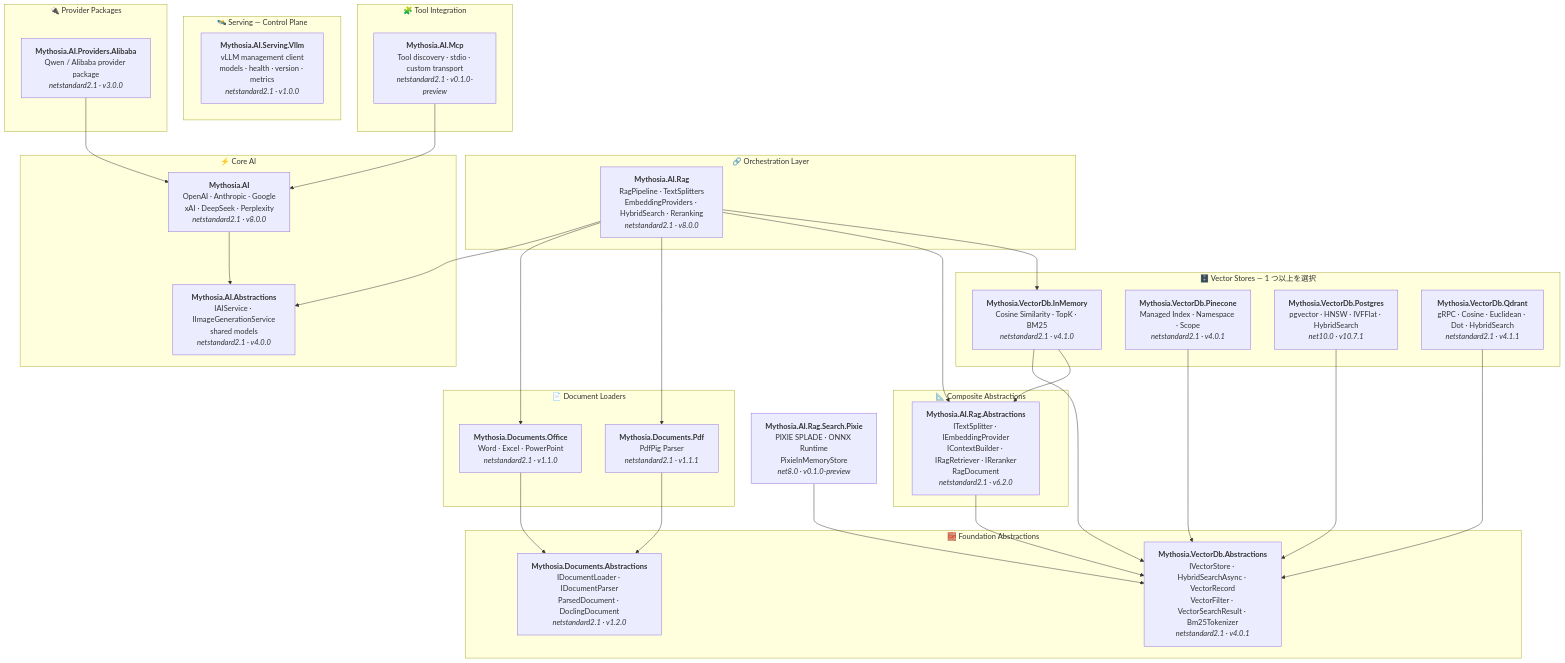
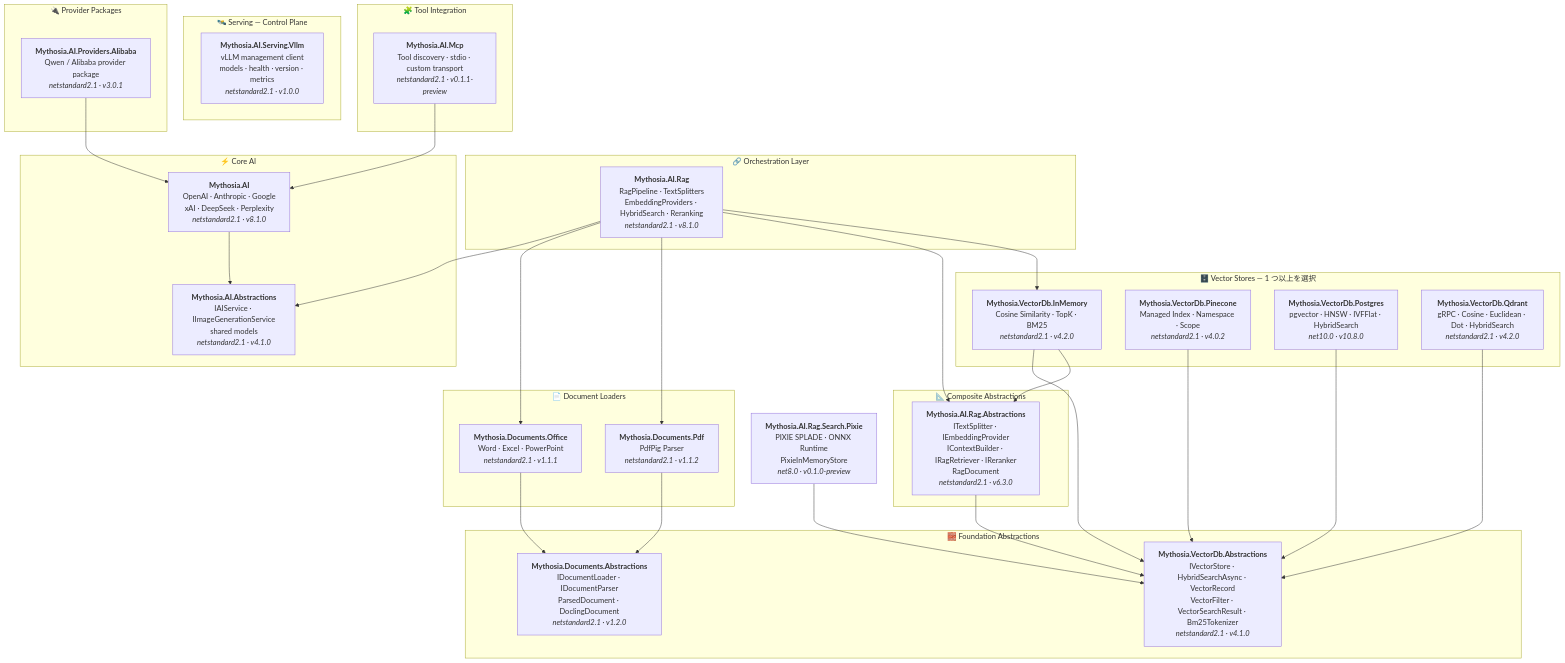
The diagram in docs/ja/README.md (AJ-comp/Mythosia.AI), drawn with Mermaid before and after one commit. The commit also changed other lines of this file and 211 other files, not shown here.

````diff
--- a/docs/ja/README.md
+++ b/docs/ja/README.md
@@ -74,74 +74,74 @@
 ```mermaid
 graph TD
     Pixie["<b>Mythosia.AI.Rag.Search.Pixie</b><br/>PIXIE SPLADE · ONNX Runtime<br/>PixieInMemoryStore<br/><i>net8.0 · v0.1.0-preview</i>"]
     subgraph "🔗 Orchestration Layer"
-        Rag["<b>Mythosia.AI.Rag</b><br/>RagPipeline · TextSplitters<br/>EmbeddingProviders · HybridSearch · Reranking<br/><i>netstandard2.1 · v8.0.0</i>"]
+        Rag["<b>Mythosia.AI.Rag</b><br/>RagPipeline · TextSplitters<br/>EmbeddingProviders · HybridSearch · Reranking<br/><i>netstandard2.1 · v8.1.0</i>"]
     end
 
     subgraph "⚡ Core AI"
-        AI["<b>Mythosia.AI</b><br/>OpenAI · Anthropic · Google<br/>xAI · DeepSeek · Perplexity<br/><i>netstandard2.1 · v8.0.0</i>"]
-        AIAbs["<b>Mythosia.AI.Abstractions</b><br/>IAIService · IImageGenerationService<br/>shared models<br/><i>netstandard2.1 · v4.0.0</i>"]
+        AI["<b>Mythosia.AI</b><br/>OpenAI · Anthropic · Google<br/>xAI · DeepSeek · Perplexity<br/><i>netstandard2.1 · v8.1.0</i>"]
+        AIAbs["<b>Mythosia.AI.Abstractions</b><br/>IAIService · IImageGenerationService<br/>shared models<br/><i>netstandard2.1 · v4.1.0</i>"]
     end
 
     subgraph "🔌 Provider Packages"
-        Alibaba["<b>Mythosia.AI.Providers.Alibaba</b><br/>Qwen / Alibaba provider package<br/><i>netstandard2.1 · v3.0.0</i>"]
+        Alibaba["<b>Mythosia.AI.Providers.Alibaba</b><br/>Qwen / Alibaba provider package<br/><i>netstandard2.1 · v3.0.1</i>"]
     end
 
     subgraph "🛰️ Serving — Control Plane"
         VllmServing["<b>Mythosia.AI.Serving.Vllm</b><br/>vLLM management client<br/>models · health · version · metrics<br/><i>netstandard2.1 · v1.0.0</i>"]
     end
 
     subgraph "🧩 Tool Integration"
-        Mcp["<b>Mythosia.AI.Mcp</b><br/>Tool discovery · stdio · custom transport<br/><i>netstandard2.1 · v0.1.0-preview</i>"]
+        Mcp["<b>Mythosia.AI.Mcp</b><br/>Tool discovery · stdio · custom transport<br/><i>netstandard2.1 · v0.1.1-preview</i>"]
     end
 
     subgraph "📄 Document Loaders"
-        Office["<b>Mythosia.Documents.Office</b><br/>Word · Excel · PowerPoint<br/><i>netstandard2.1 · v1.1.0</i>"]
-        Pdf["<b>Mythosia.Documents.Pdf</b><br/>PdfPig Parser<br/><i>netstandard2.1 · v1.1.1</i>"]
+        Office["<b>Mythosia.Documents.Office</b><br/>Word · Excel · PowerPoint<br/><i>netstandard2.1 · v1.1.1</i>"]
+        Pdf["<b>Mythosia.Documents.Pdf</b><br/>PdfPig Parser<br/><i>netstandard2.1 · v1.1.2</i>"]
     end
 
     subgraph "📐 Composite Abstractions"
-        RagAbs["<b>Mythosia.AI.Rag.Abstractions</b><br/>ITextSplitter · IEmbeddingProvider<br/>IContextBuilder · IRagRetriever · IReranker<br/>RagDocument<br/><i>netstandard2.1 · v6.2.0</i>"]
+        RagAbs["<b>Mythosia.AI.Rag.Abstractions</b><br/>ITextSplitter · IEmbeddingProvider<br/>IContextBuilder · IRagRetriever · IReranker<br/>RagDocument<br/><i>netstandard2.1 · v6.3.0</i>"]
     end
 
     subgraph "🗄️ Vector Stores — 1 つ以上を選択"
-        InMem["<b>Mythosia.VectorDb.InMemory</b><br/>Cosine Similarity · TopK · BM25<br/><i>netstandard2.1 · v4.1.0</i>"]
-        Pine["<b>Mythosia.VectorDb.Pinecone</b><br/>Managed Index · Namespace · Scope<br/><i>netstandard2.1 · v4.0.1</i>"]
-        Pg["<b>Mythosia.VectorDb.Postgres</b><br/>pgvector · HNSW · IVFFlat · HybridSearch<br/><i>net10.0 · v10.7.1</i>"]
-        Qd["<b>Mythosia.VectorDb.Qdrant</b><br/>gRPC · Cosine · Euclidean · Dot · HybridSearch<br/><i>netstandard2.1 · v4.1.1</i>"]
+        InMem["<b>Mythosia.VectorDb.InMemory</b><br/>Cosine Similarity · TopK · BM25<br/><i>netstandard2.1 · v4.2.0</i>"]
+        Pine["<b>Mythosia.VectorDb.Pinecone</b><br/>Managed Index · Namespace · Scope<br/><i>netstandard2.1 · v4.0.2</i>"]
+        Pg["<b>Mythosia.VectorDb.Postgres</b><br/>pgvector · HNSW · IVFFlat · HybridSearch<br/><i>net10.0 · v10.8.0</i>"]
+        Qd["<b>Mythosia.VectorDb.Qdrant</b><br/>gRPC · Cosine · Euclidean · Dot · HybridSearch<br/><i>netstandard2.1 · v4.2.0</i>"]
     end
 
     subgraph "🧱 Foundation Abstractions"
         LoaderAbs["<b>Mythosia.Documents.Abstractions</b><br/>IDocumentLoader · IDocumentParser<br/>ParsedDocument · DoclingDocument<br/><i>netstandard2.1 · v1.2.0</i>"]
-        VdbAbs["<b>Mythosia.VectorDb.Abstractions</b><br/>IVectorStore · HybridSearchAsync · VectorRecord<br/>VectorFilter · VectorSearchResult · Bm25Tokenizer<br/><i>netstandard2.1 · v4.0.1</i>"]
+        VdbAbs["<b>Mythosia.VectorDb.Abstractions</b><br/>IVectorStore · HybridSearchAsync · VectorRecord<br/>VectorFilter · VectorSearchResult · Bm25Tokenizer<br/><i>netstandard2.1 · v4.1.0</i>"]
     end
 
     %% Core AI internal
     AI --> AIAbs
 
     %% Orchestration → dependencies
     Rag --> AIAbs
     Rag --> Office
     Rag --> Pdf
     Rag --> RagAbs
     Rag --> InMem
 
     %% Provider packages → core
     Alibaba --> AI
     Mcp --> AI
 
     %% Composite → Foundation
     RagAbs --> VdbAbs
 
     %% Loaders → Foundation
     Office --> LoaderAbs
     Pdf --> LoaderAbs
 
     %% VectorStores → Foundation
     InMem --> VdbAbs
     InMem --> RagAbs
     Pine --> VdbAbs
     Pg --> VdbAbs
     Qd --> VdbAbs
     Pixie --> VdbAbs
 ```
````
